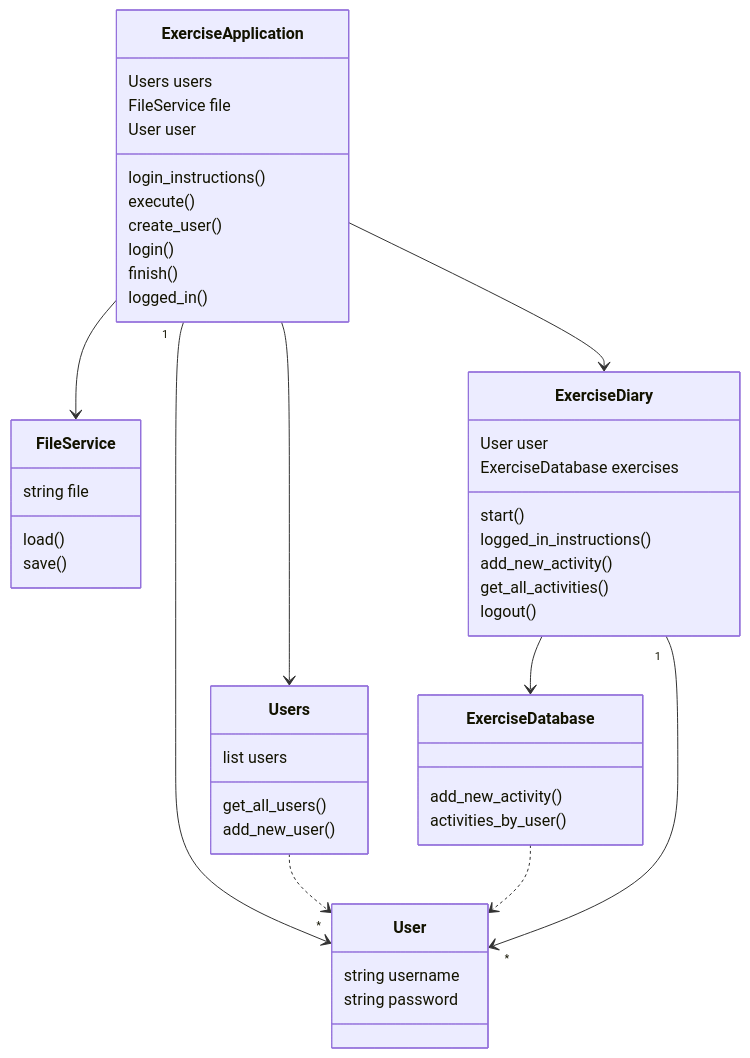
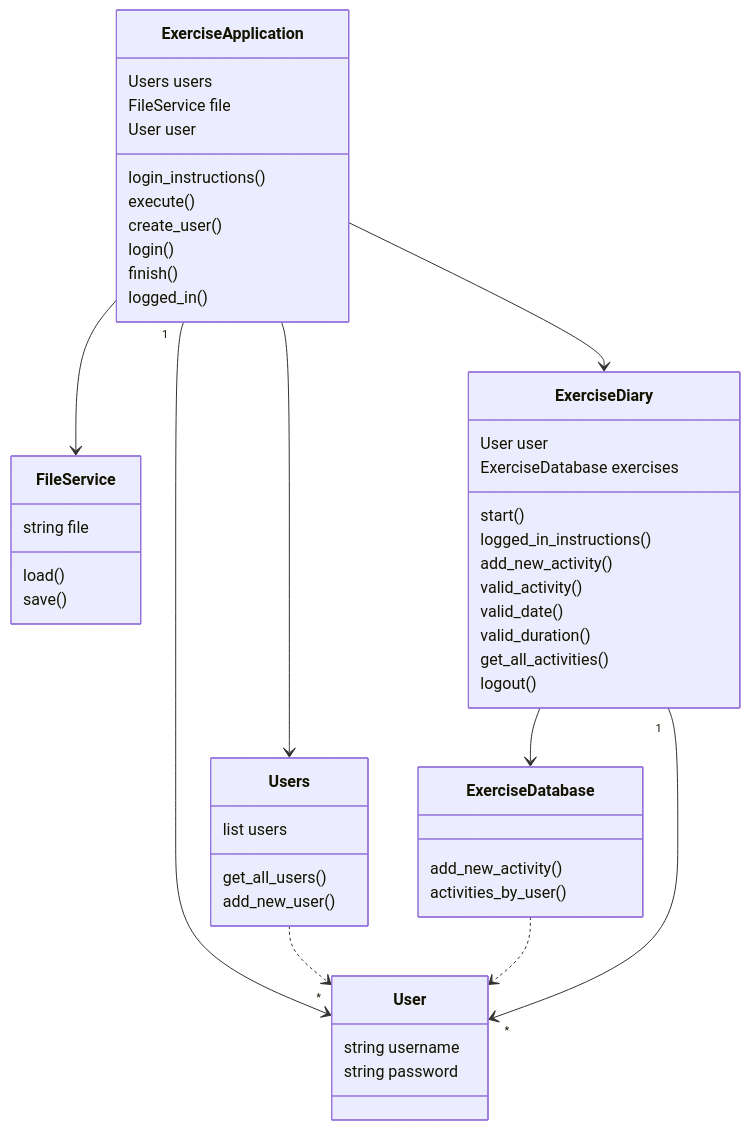
One commit to Kaabero/ot-harjoitustyo changed the diagram in dokumentaatio/arkkitehtuuri.md. Above: the diagram before and after it, drawn with Mermaid.

````diff
--- a/dokumentaatio/arkkitehtuuri.md
+++ b/dokumentaatio/arkkitehtuuri.md
@@ -3,55 +3,58 @@
 ```mermaid
  classDiagram
       ExerciseApplication --> FileService
       ExerciseApplication --> Users
       ExerciseApplication --> ExerciseDiary
       ExerciseApplication "1" --> "*" User
       Users ..> User
       ExerciseDatabase ..> User
       ExerciseDiary "1" --> "*" User
       ExerciseDiary --> ExerciseDatabase
       
       class ExerciseDiary {
         User user
         ExerciseDatabase exercises
         start()
         logged_in_instructions()
         add_new_activity()
+        valid_activity()
+        valid_date()
+        valid_duration()
         get_all_activities()
         logout()
       }
         
       class ExerciseApplication {
         Users users
         FileService file
         User user
         login_instructions()
         execute()
         create_user()
         login()
         finish()
         logged_in()
 
       }
 
       class Users {
         list users
         get_all_users()
         add_new_user()
       }
 
       class User {
         string username
         string password
       }
       class FileService {
         string file
         load()
         save()
       }
       class ExerciseDatabase {
         add_new_activity()
         activities_by_user()
       }
      
 ```
````
